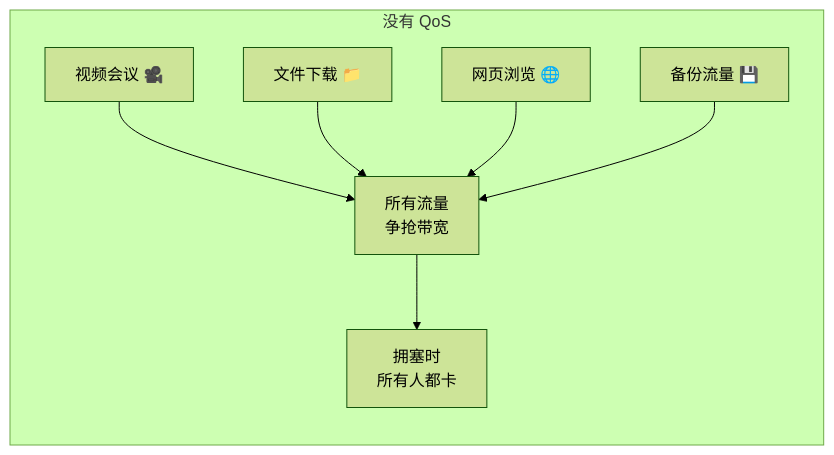
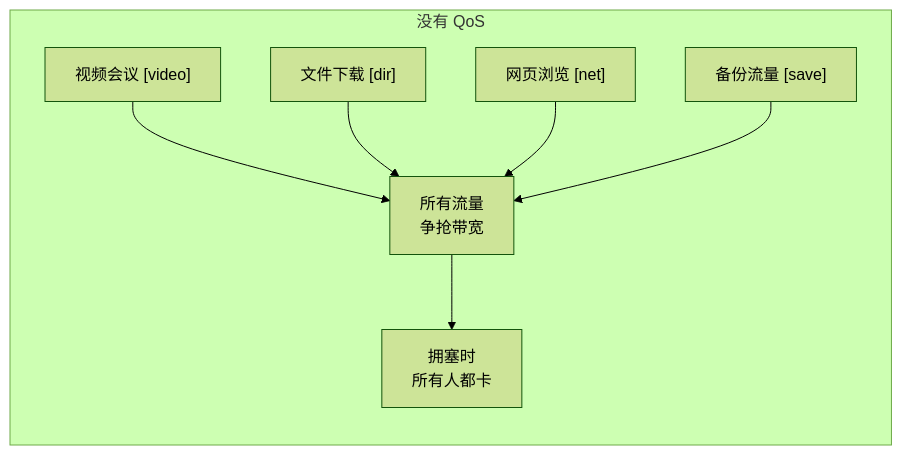
Before and after one commit to SKT-Shurima/NetworkMastery: the first of 4 diagrams in docs/guide/qos/qos.md, drawn with Mermaid (forest theme). The commit also changed other lines of this file and 54 other files, not shown here.

````diff
--- a/docs/guide/qos/qos.md
+++ b/docs/guide/qos/qos.md
@@ -14,10 +14,10 @@
 ```mermaid
 graph LR
     subgraph "没有 QoS"
-        A1["视频会议 🎥"] --> M1["所有流量<br/>争抢带宽"] 
-        B1["文件下载 📁"] --> M1
-        C1["网页浏览 🌐"] --> M1
-        D1["备份流量 💾"] --> M1
+        A1["视频会议 [video]"] --> M1["所有流量<br/>争抢带宽"] 
+        B1["文件下载 [dir]"] --> M1
+        C1["网页浏览 [net]"] --> M1
+        D1["备份流量 [save]"] --> M1
         M1 --> OUT1["拥塞时<br/>所有人都卡"]
     end
 ```
````
